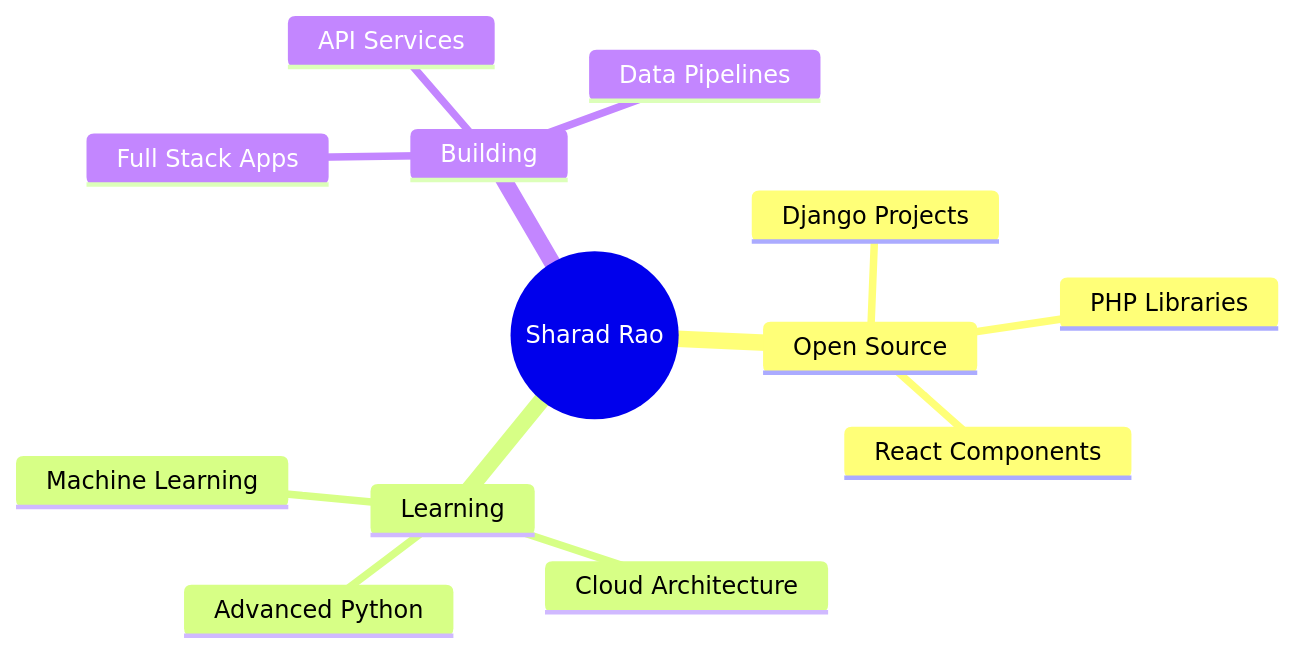
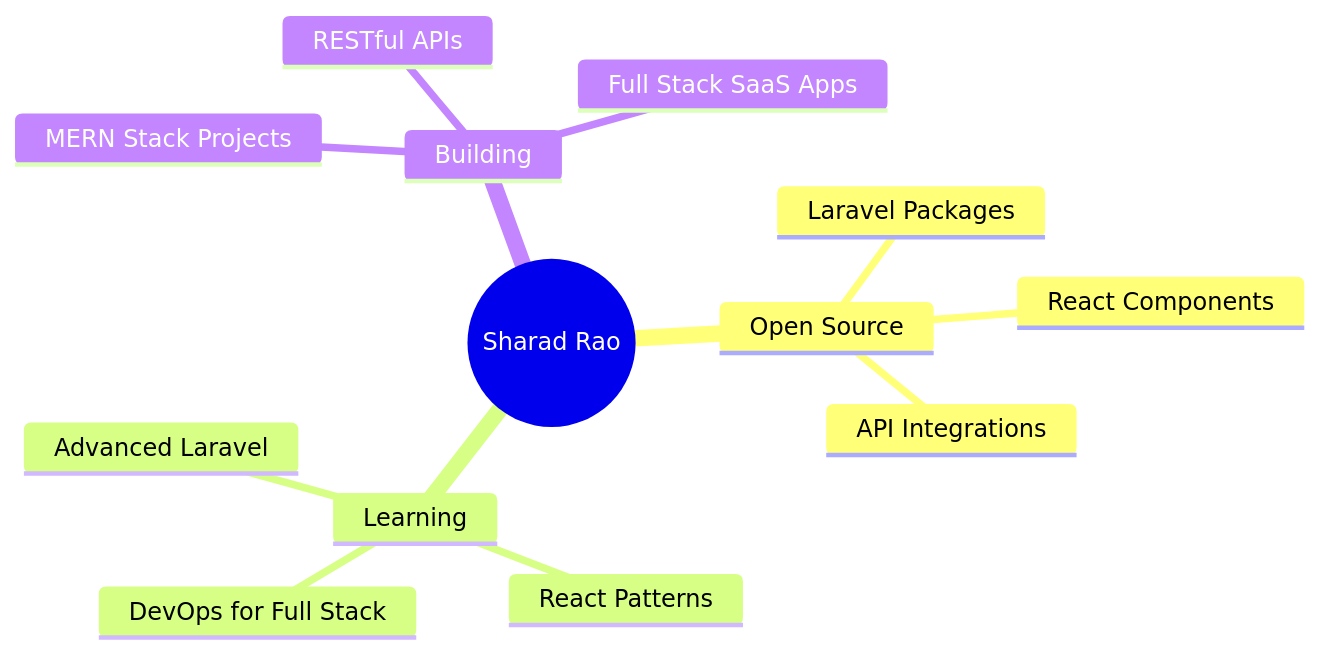
Before and after one commit to sharad4/sharad4: the diagram in README.md, drawn with Mermaid. The commit also changed other lines of this file, not shown here.

````diff
--- a/README.md
+++ b/README.md
@@ -126,16 +116,16 @@
 ```mermaid
 mindmap
   root((Sharad Rao))
     Open Source
-      Django Projects
-      PHP Libraries
+      Laravel Packages
       React Components
+      API Integrations
     Learning
-      Advanced Python
-      Cloud Architecture
-      Machine Learning
+      Advanced Laravel
+      React Patterns
+      DevOps for Full Stack
     Building
-      Full Stack Apps
-      API Services
-      Data Pipelines
+      MERN Stack Projects
+      RESTful APIs
+      Full Stack SaaS Apps
 ```
````
